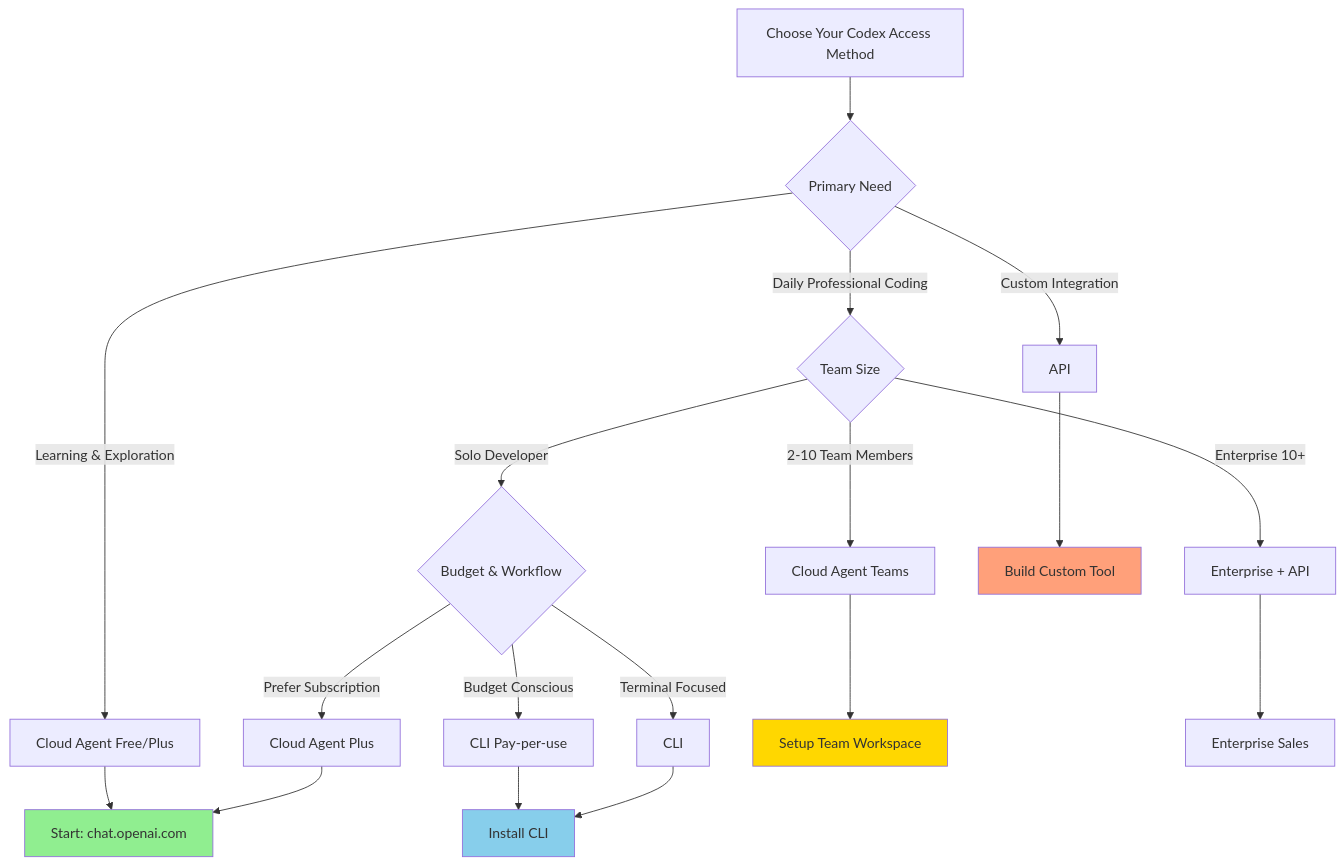
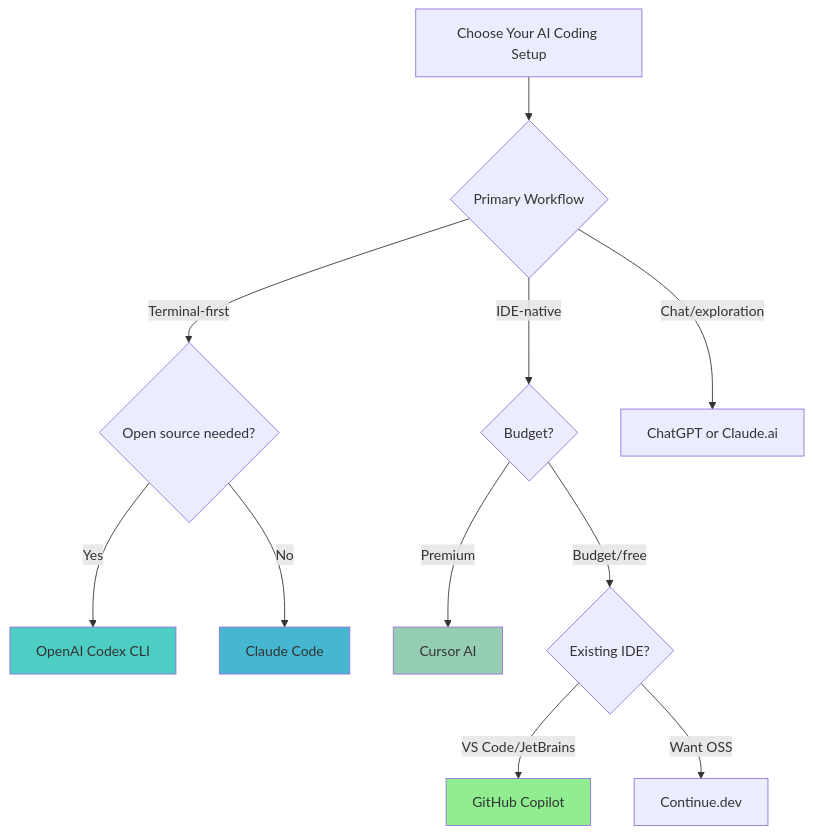
The third of 3 diagrams in public/data/workshops/workshop-06-codex/01_understanding_the_codex_ecosystem.md (DreamLab-AI/dreamlab-ai-website), drawn with Mermaid before and after one commit. The commit also changed other lines of this file and 111 other files, not shown here.

First line of the commit message:
feat(workshops): comprehensive 2026 update + Docker & Claude Code deep dives

````diff
--- a/public/data/workshops/workshop-06-codex/01_understanding_the_codex_ecosystem.md
+++ b/public/data/workshops/workshop-06-codex/01_understanding_the_codex_ecosystem.md
@@ -417,29 +248,22 @@
 ```mermaid
 graph TD
-    A[Choose Your Codex Access Method] --> B{Primary Need}
+    A[Choose Your AI Coding Setup] --> B{Primary Workflow}
 
-    B -->|Learning & Exploration| C[Cloud Agent Free/Plus]
-    B -->|Daily Professional Coding| D{Team Size}
-    B -->|Custom Integration| E[API]
+    B -->|Terminal-first| C{Open source needed?}
+    B -->|IDE-native| D{Budget?}
+    B -->|Chat/exploration| E[ChatGPT or Claude.ai]
 
-    D -->|Solo Developer| F{Budget & Workflow}
-    D -->|2-10 Team Members| G[Cloud Agent Teams]
-    D -->|Enterprise 10+| H[Enterprise + API]
+    C -->|Yes| F[OpenAI Codex CLI]
+    C -->|No| G[Claude Code]
 
-    F -->|Budget Conscious| I[CLI Pay-per-use]
-    F -->|Prefer Subscription| J[Cloud Agent Plus]
-    F -->|Terminal Focused| K[CLI]
+    D -->|Premium| H[Cursor AI]
+    D -->|Budget/free| I{Existing IDE?}
 
-    C --> L[Start: chat.openai.com]
-    E --> M[Build Custom Tool]
-    G --> N[Setup Team Workspace]
-    H --> O[Enterprise Sales]
-    I --> P[Install CLI]
-    J --> L
-    K --> P
+    I -->|VS Code/JetBrains| J[GitHub Copilot]
+    I -->|Want OSS| K[Continue.dev]
 
-    style L fill:#90EE90
-    style M fill:#FFA07A
-    style N fill:#FFD700
-    style P fill:#87CEEB
+    style G fill:#45b7d1
+    style F fill:#4ecdc4
+    style H fill:#96ceb4
+    style J fill:#90EE90
 ```
````
